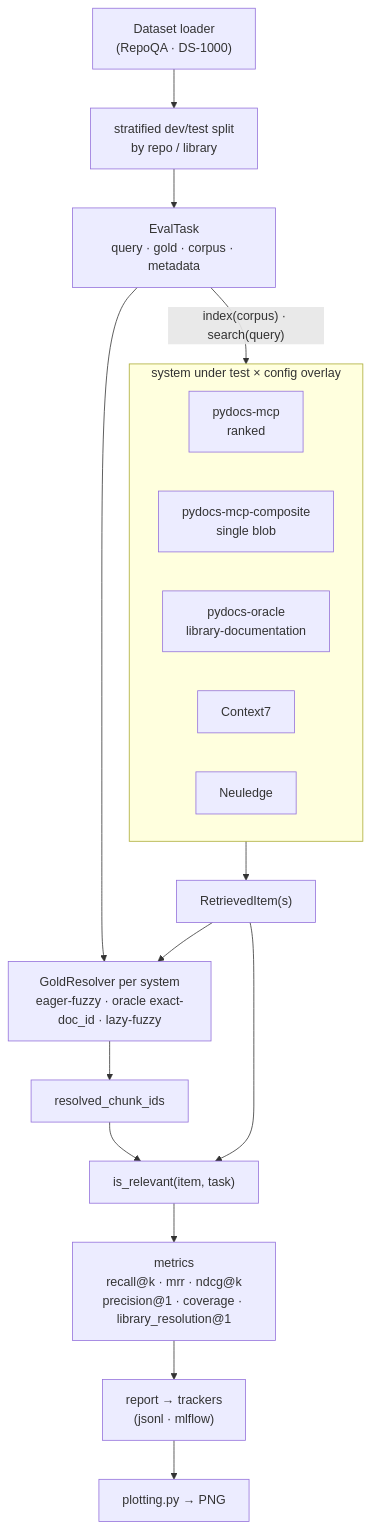
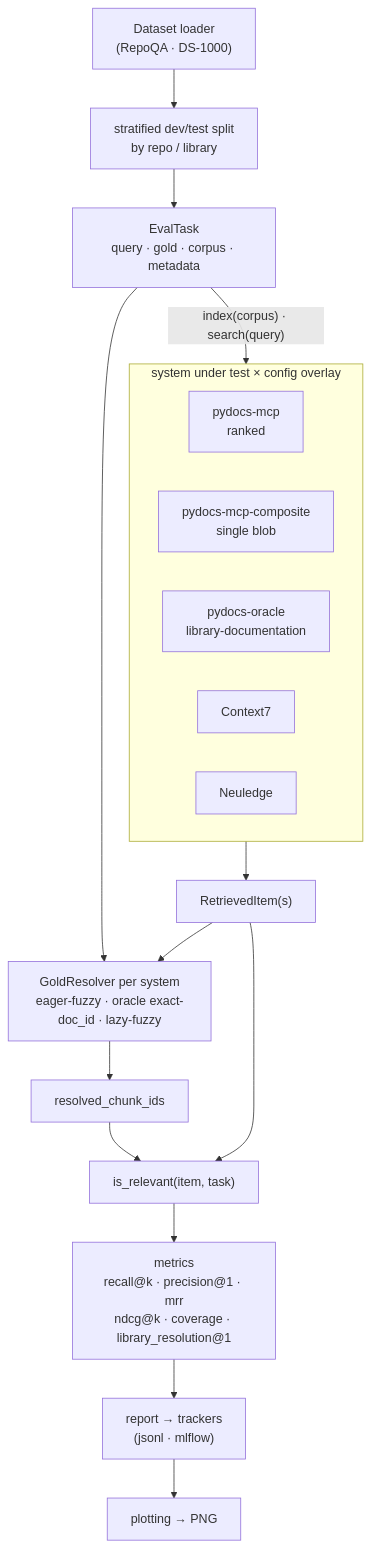
Before and after one commit to msobroza/pydocs-mcp: the diagram in benchmarks/README.md, drawn with Mermaid. The commit also changed other lines of this file, not shown here.

````diff
--- a/benchmarks/README.md
+++ b/benchmarks/README.md
@@ -24,34 +13,34 @@
 ```mermaid
 flowchart TB
     DS["Dataset loader<br/>(RepoQA · DS-1000)"]
     SPLIT["stratified dev/test split<br/>by repo / library"]
     TASKS["EvalTask<br/>query · gold · corpus · metadata"]
     DS --> SPLIT --> TASKS
 
     subgraph SUT["system under test  ×  config overlay"]
         direction LR
         PM["pydocs-mcp<br/>ranked"]
         PC["pydocs-mcp-composite<br/>single blob"]
         PO["pydocs-oracle<br/>library-documentation"]
         C7["Context7"]
         NL["Neuledge"]
     end
 
     TASKS -->|"index(corpus) · search(query)"| SUT
     SUT --> RET["RetrievedItem(s)"]
 
     GR["GoldResolver per system<br/>eager-fuzzy · oracle exact-doc_id · lazy-fuzzy"]
     RID["resolved_chunk_ids"]
     RET --> GR
     TASKS --> GR
     GR --> RID
 
     ISREL["is_relevant(item, task)"]
     RID --> ISREL
     RET --> ISREL
 
-    METRICS["metrics<br/>recall@k · mrr · ndcg@k<br/>precision@1 · coverage · library_resolution@1"]
+    METRICS["metrics<br/>recall@k · precision@1 · mrr<br/>ndcg@k · coverage · library_resolution@1"]
     REPORT["report → trackers<br/>(jsonl · mlflow)"]
-    PLOT["plotting.py → PNG"]
+    PLOT["plotting → PNG"]
     ISREL --> METRICS --> REPORT --> PLOT
 ```
````
